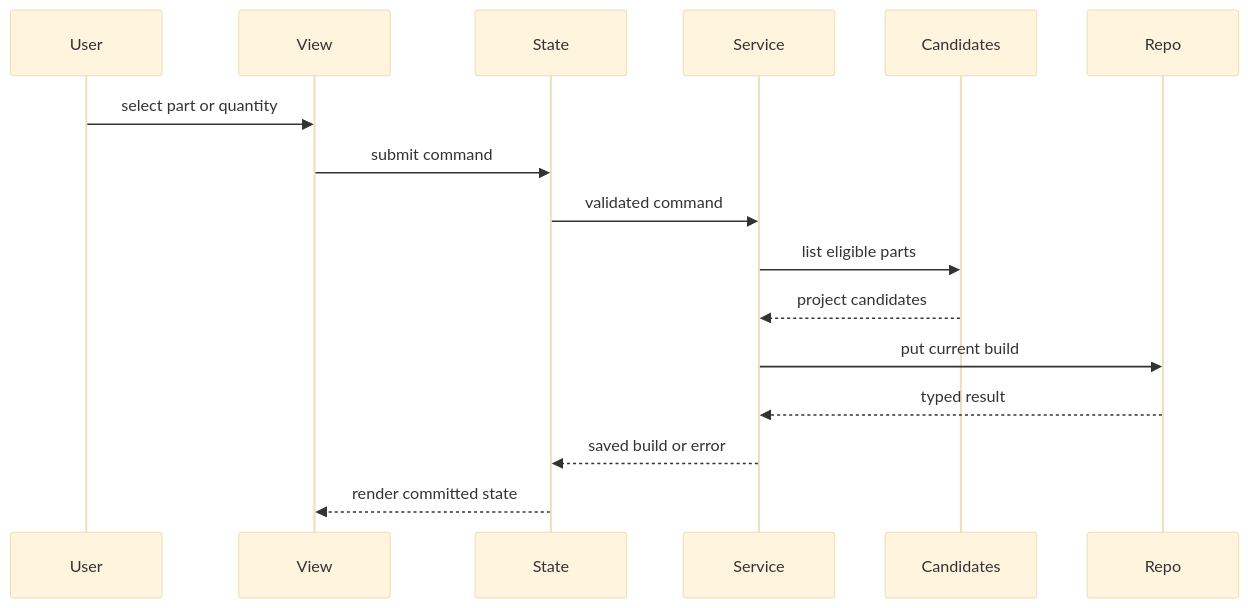
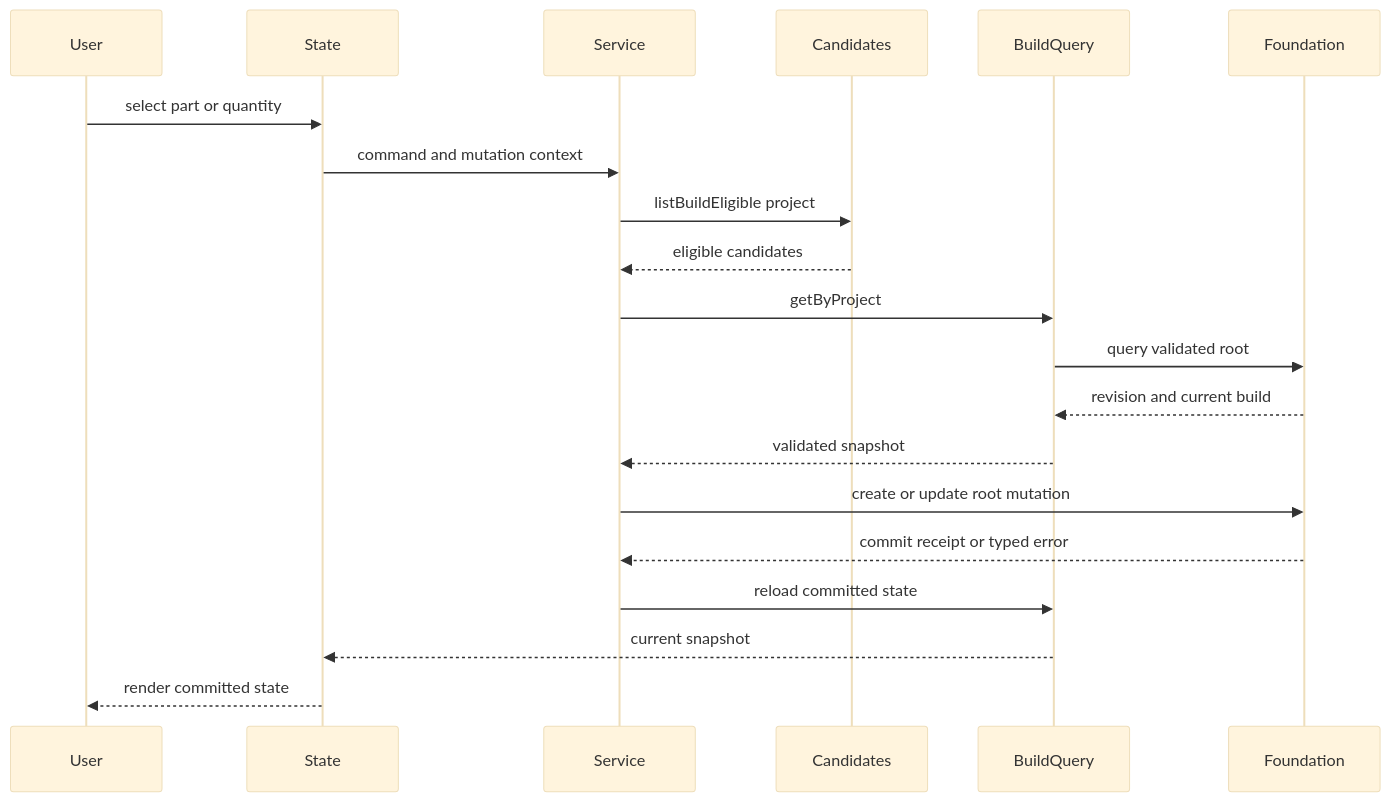
One commit to Huruikagi/pc-build-planner changed the second of 2 diagrams in .kiro/specs/current-build-management/design.md. Above: the diagram before and after it, drawn with Mermaid (base theme). The commit also changed other lines of this file and 2 other files, not shown here.

Commit message:
docs(current-build-management): approve aligned design

````diff
--- a/.kiro/specs/current-build-management/design.md
+++ b/.kiro/specs/current-build-management/design.md
@@ -105,18 +116,22 @@
 ```mermaid
 sequenceDiagram
     participant User
-    participant View
     participant State
     participant Service
     participant Candidates
-    participant Repo
-    User->>View: select part or quantity
-    View->>State: submit command
-    State->>Service: validated command
-    Service->>Candidates: list eligible parts
-    Candidates-->>Service: project candidates
-    Service->>Repo: put current build
-    Repo-->>Service: typed result
-    Service-->>State: saved build or error
-    State-->>View: render committed state
+    participant BuildQuery
+    participant Foundation
+    User->>State: select part or quantity
+    State->>Service: command and mutation context
+    Service->>Candidates: listBuildEligible project
+    Candidates-->>Service: eligible candidates
+    Service->>BuildQuery: getByProject
+    BuildQuery->>Foundation: query validated root
+    Foundation-->>BuildQuery: revision and current build
+    BuildQuery-->>Service: validated snapshot
+    Service->>Foundation: create or update root mutation
+    Foundation-->>Service: commit receipt or typed error
+    Service->>BuildQuery: reload committed state
+    BuildQuery-->>State: current snapshot
+    State-->>User: render committed state
 ```
````
